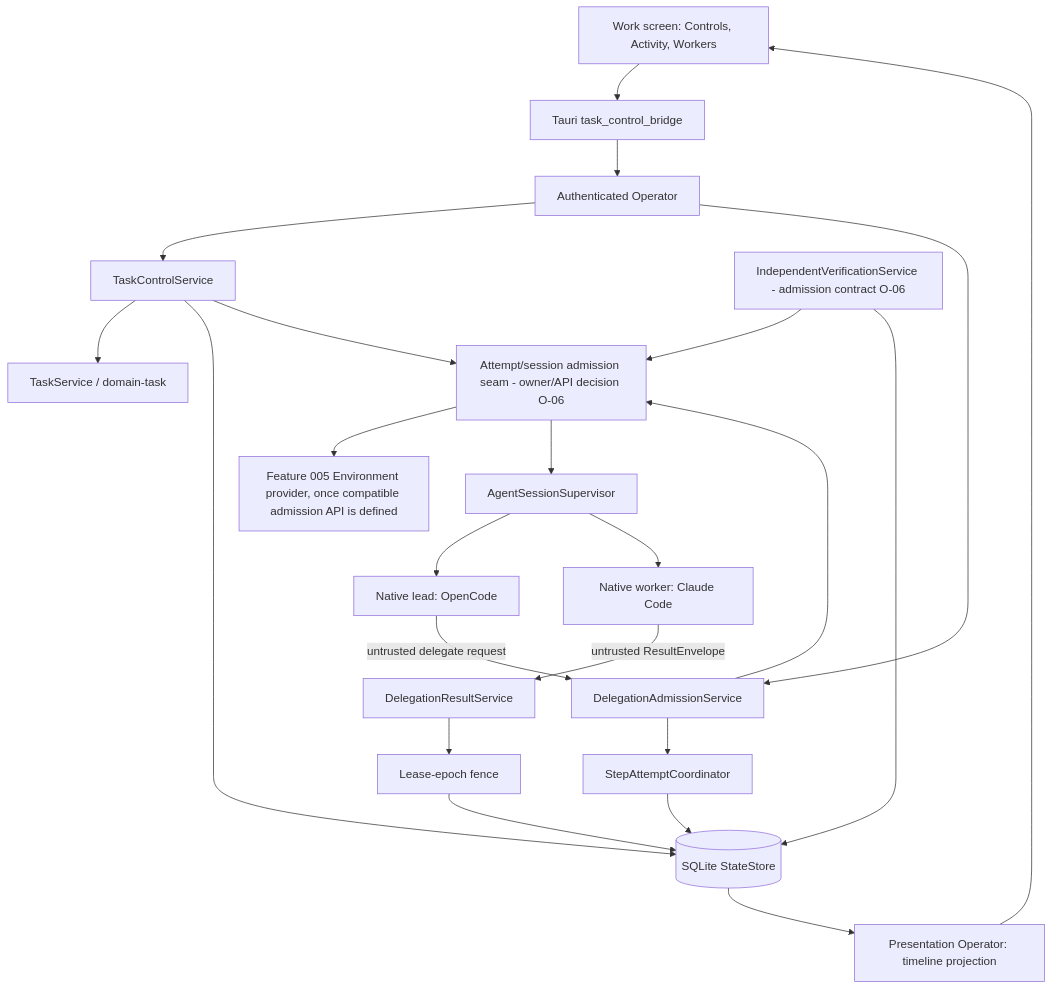
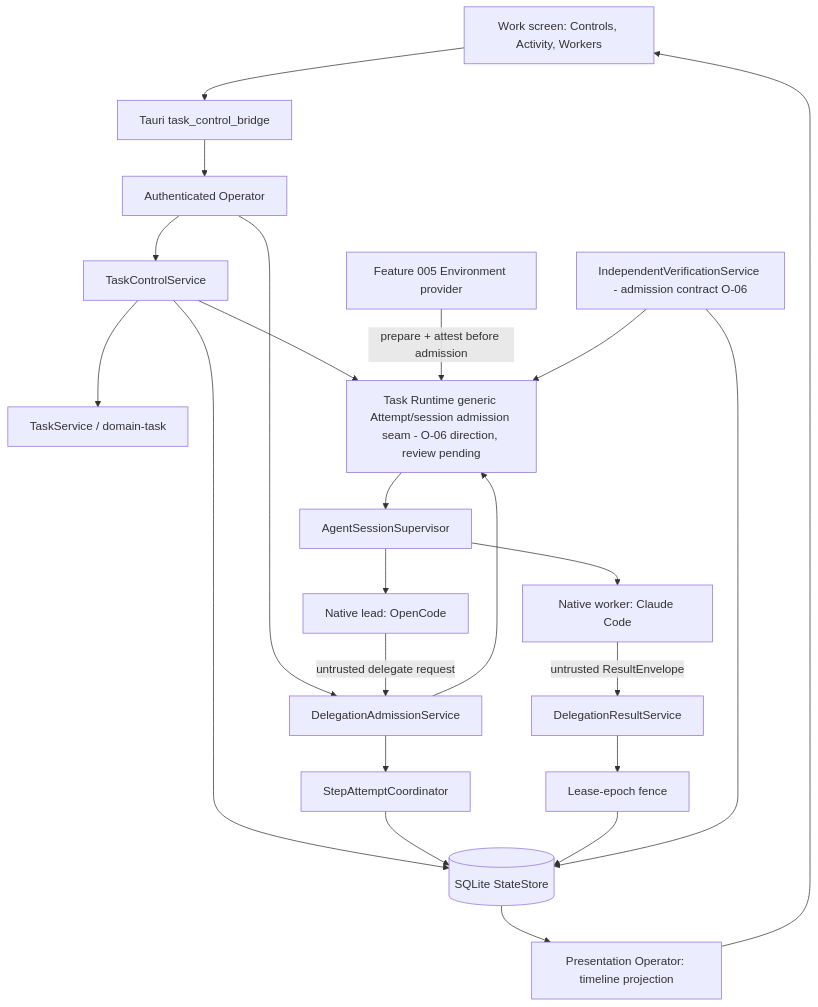
The diagram in specs/015-task-control-delegation/SPEC.md (sarv-projects/litecowork), drawn with Mermaid before and after one commit. The commit also changed other lines of this file and 146 other files, not shown here.

````diff
--- a/specs/015-task-control-delegation/SPEC.md
+++ b/specs/015-task-control-delegation/SPEC.md
@@ -91,25 +91,25 @@
 ```mermaid
 flowchart TD
   UI[Work screen: Controls, Activity, Workers] --> BR[Tauri task_control_bridge]
   BR --> OP[Authenticated Operator]
   OP --> TCS[TaskControlService]
   OP --> DAS[DelegationAdmissionService]
   TCS --> TS[TaskService / domain-task]
   DAS --> SAC[StepAttemptCoordinator]
   TCS --> DB[(SQLite StateStore)]
   SAC --> DB
-  TCS --> ADM[Attempt/session admission seam - owner/API decision O-06]
+  TCS --> ADM[Task Runtime generic Attempt/session admission seam - O-06 direction, review pending]
   DAS --> ADM
-  ADM --> ENV[Feature 005 Environment provider, once compatible admission API is defined]
+  ENV[Feature 005 Environment provider] -->|prepare + attest before admission| ADM
   ADM --> SUP[AgentSessionSupervisor]
   SUP --> LEAD[Native lead: OpenCode]
   SUP --> WRK[Native worker: Claude Code]
   LEAD -->|untrusted delegate request| DAS
   WRK -->|untrusted ResultEnvelope| DRS[DelegationResultService]
   DRS --> FEN[Lease-epoch fence]
   FEN --> DB
   VS[IndependentVerificationService - admission contract O-06] --> ADM
   VS --> DB
   DB --> PO[Presentation Operator: timeline projection]
   PO --> UI
 ```
````
